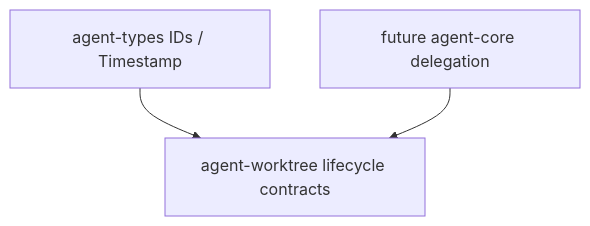
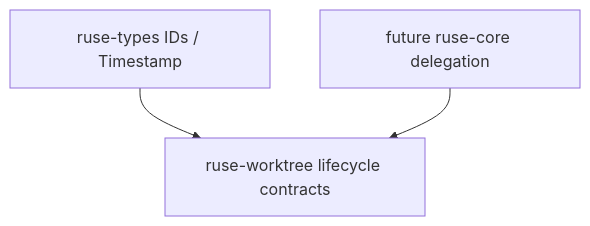
One commit to poneding/agent changed the diagram in docs/specs/M09-01-worktree-manager.spec.md. Above: the diagram before and after it, drawn with Mermaid. The commit also changed other lines of this file and 2091 other files, not shown here.

First line of the commit message:
refactor: rename agent branding to ruse

````diff
--- a/docs/specs/M09-01-worktree-manager.spec.md
+++ b/docs/specs/M09-01-worktree-manager.spec.md
@@ -35,5 +35,5 @@
 ```mermaid
 flowchart TD
-  types["agent-types IDs / Timestamp"] --> worktree["agent-worktree lifecycle contracts"]
-  future_core["future agent-core delegation"] --> worktree
+  types["ruse-types IDs / Timestamp"] --> worktree["ruse-worktree lifecycle contracts"]
+  future_core["future ruse-core delegation"] --> worktree
 ```
````
